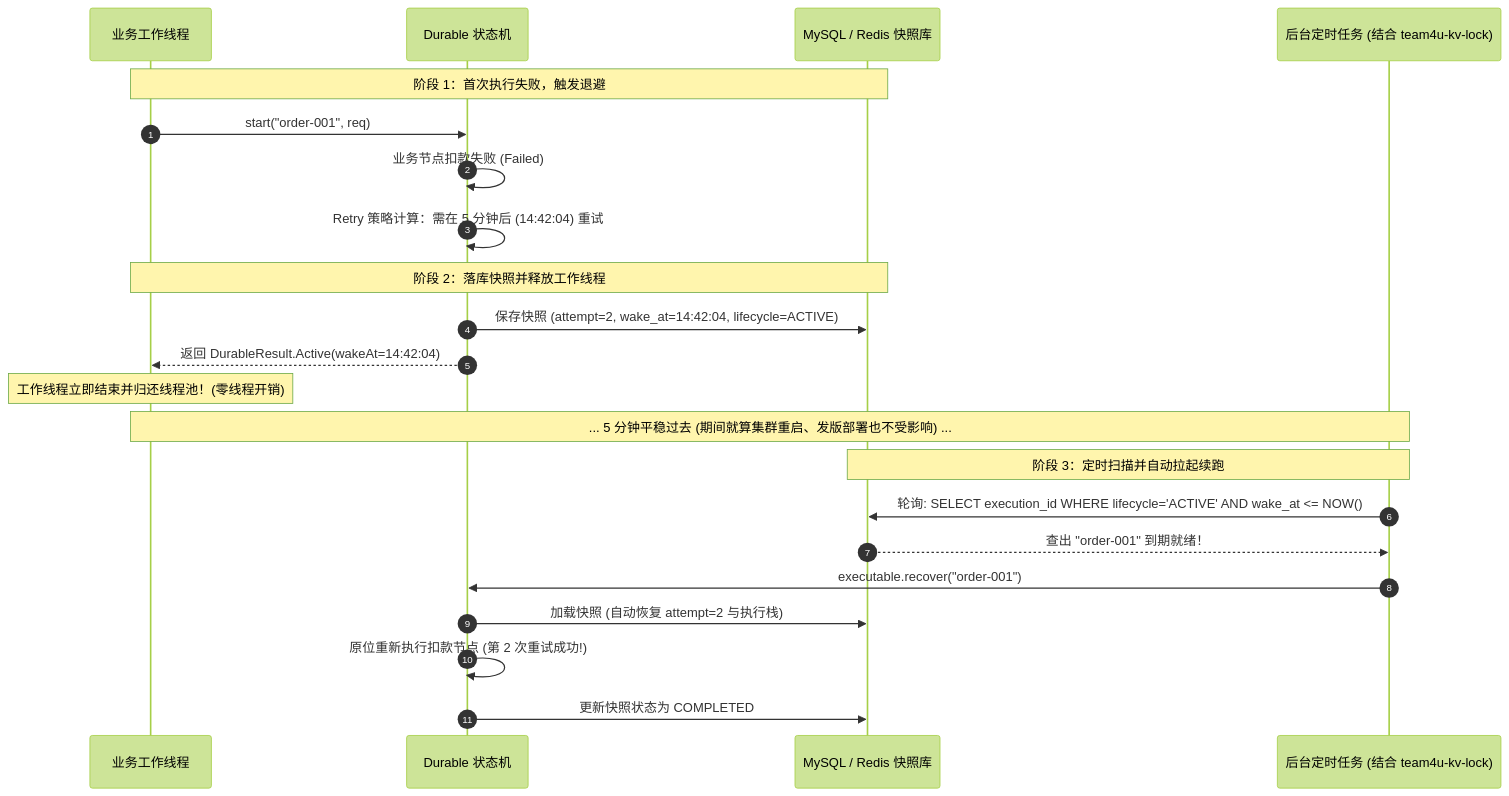
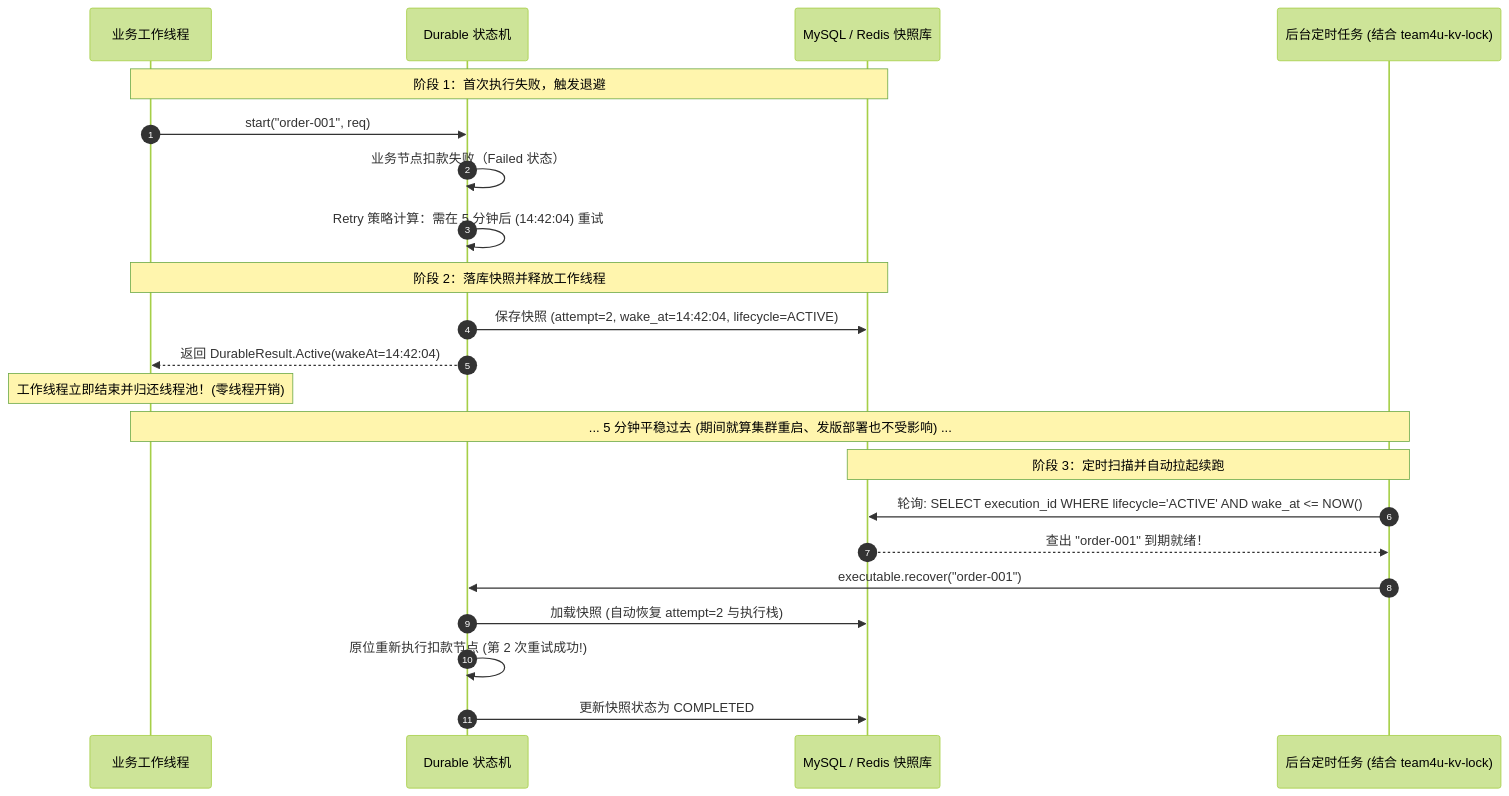
One commit to team4u/team4u-framework changed the third of 3 diagrams in docs/flow/policy-retry.md. Above: the diagram before and after it, drawn with Mermaid (forest theme). The commit also changed other lines of this file and 142 other files, not shown here.

````diff
--- a/docs/flow/policy-retry.md
+++ b/docs/flow/policy-retry.md
@@ -257,28 +257,28 @@
 ```mermaid
 sequenceDiagram
     autonumber
     participant Worker as 业务工作线程
     participant Engine as Durable 状态机
     participant DB as MySQL / Redis 快照库
     participant Sched as 后台定时任务 (结合 team4u-kv-lock)
 
     Note over Worker, DB: 阶段 1：首次执行失败，触发退避
     Worker->>Engine: start("order-001", req)
-    Engine->>Engine: 业务节点扣款失败 (Failed)
+    Engine->>Engine: 业务节点扣款失败（Failed 状态）
     Engine->>Engine: Retry 策略计算：需在 5 分钟后 (14:42:04) 重试
     
     Note over Worker, DB: 阶段 2：落库快照并释放工作线程
     Engine->>DB: 保存快照 (attempt=2, wake_at=14:42:04, lifecycle=ACTIVE)
     Engine-->>Worker: 返回 DurableResult.Active(wakeAt=14:42:04)
     Note over Worker: 工作线程立即结束并归还线程池！(零线程开销)
 
     Note over Worker, Sched: ... 5 分钟平稳过去 (期间就算集群重启、发版部署也不受影响) ...
 
     Note over DB, Sched: 阶段 3：定时扫描并自动拉起续跑
     Sched->>DB: 轮询: SELECT execution_id WHERE lifecycle='ACTIVE' AND wake_at <= NOW()
     DB-->>Sched: 查出 "order-001" 到期就绪！
     Sched->>Engine: executable.recover("order-001")
     Engine->>DB: 加载快照 (自动恢复 attempt=2 与执行栈)
     Engine->>Engine: 原位重新执行扣款节点 (第 2 次重试成功!)
     Engine->>DB: 更新快照状态为 COMPLETED
 ```
````
